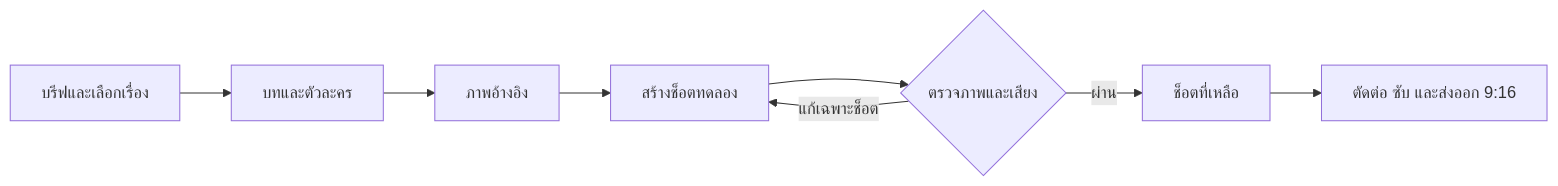
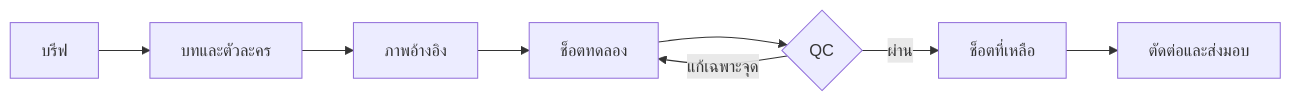
One commit to Boom-Vitt/western-short-film-kit changed the diagram in README.md. Above: the diagram before and after it, drawn with Mermaid. The commit also changed other lines of this file and 12 other files, not shown here.

Commit message:
Add cinematic README and real vertical Flow demo

````diff
--- a/README.md
+++ b/README.md
@@ -75,10 +113,10 @@
 ```mermaid
 flowchart LR
-  A[บรีฟและเลือกเรื่อง] --> B[บทและตัวละคร]
+  A[บรีฟ] --> B[บทและตัวละคร]
   B --> C[ภาพอ้างอิง]
-  C --> D[สร้างช็อตทดลอง]
-  D --> E{ตรวจภาพและเสียง}
-  E -- แก้เฉพาะช็อต --> D
+  C --> D[ช็อตทดลอง]
+  D --> E{QC}
+  E -- แก้เฉพาะจุด --> D
   E -- ผ่าน --> F[ช็อตที่เหลือ]
-  F --> G[ตัดต่อ ซับ และส่งออก 9:16]
+  F --> G[ตัดต่อและส่งมอบ]
 ```
````
